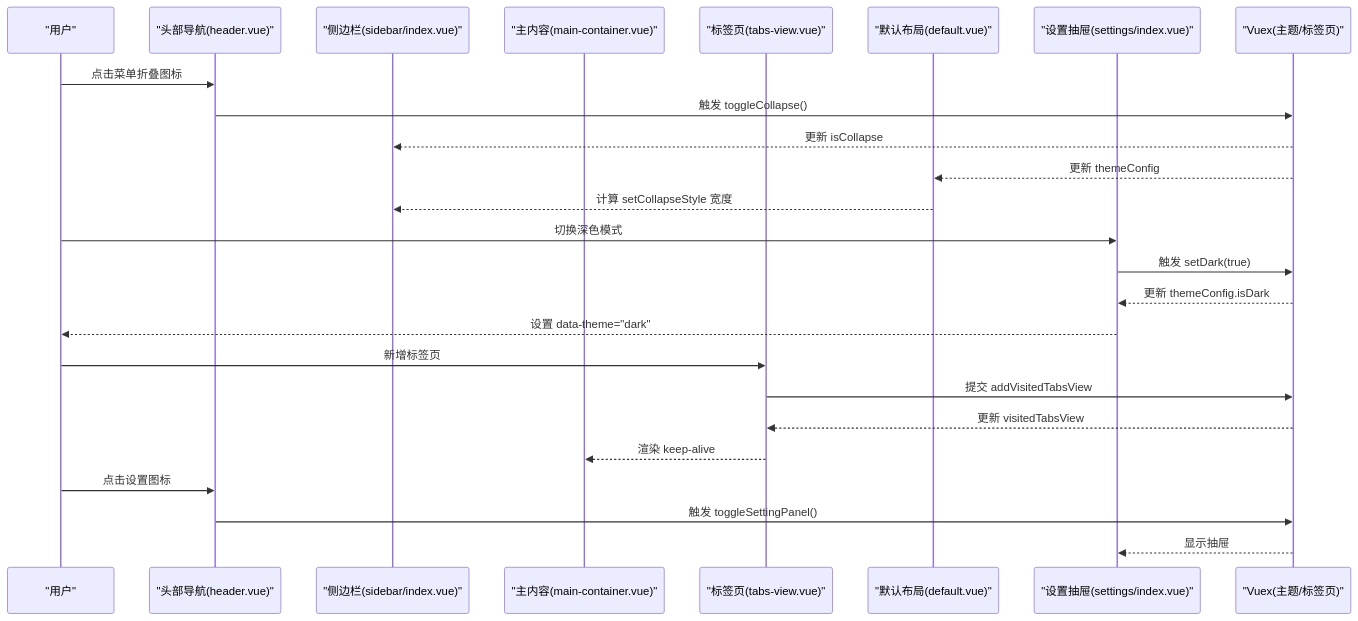
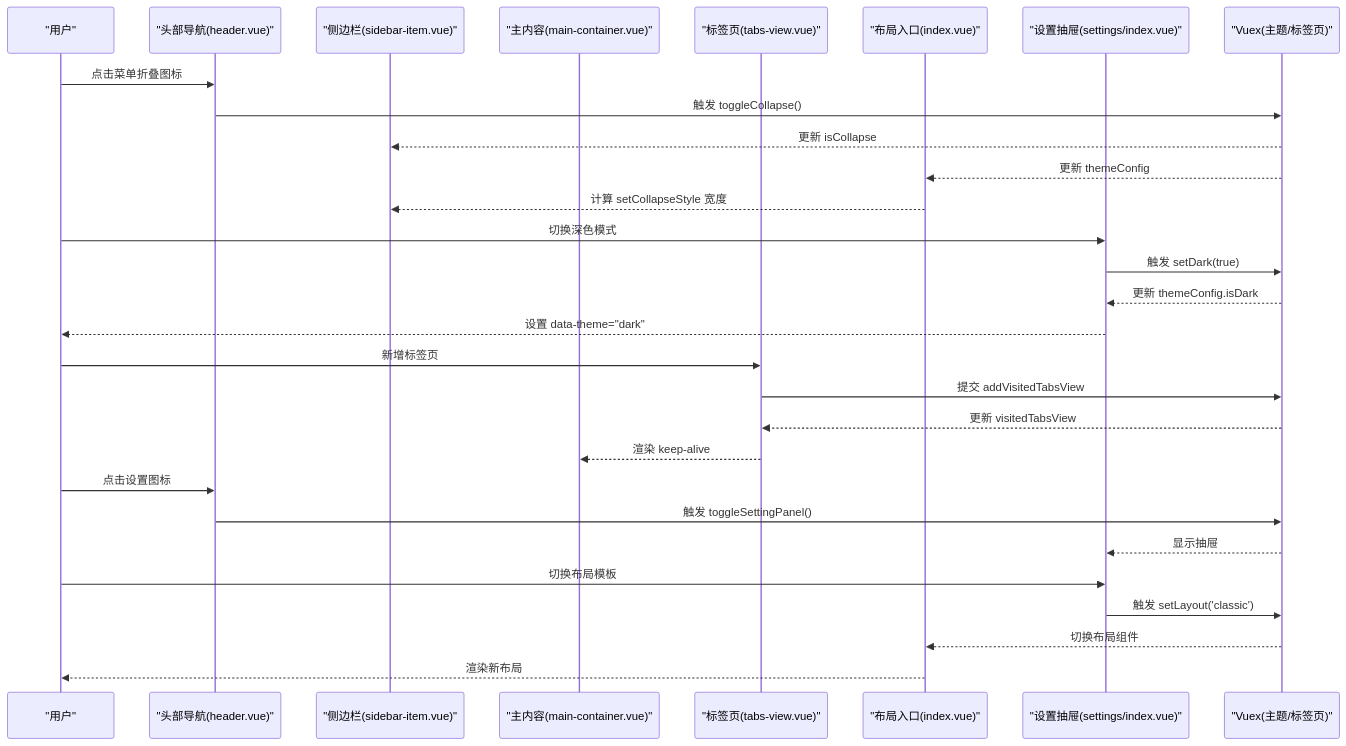
Before and after one commit to Neveryu/vue-cms: the second of 9 diagrams in .qoder/repowiki/zh/content/组件系统/布局组件.md, drawn with Mermaid. The commit also changed other lines of this file and 8 other files, not shown here.

````diff
--- a/.qoder/repowiki/zh/content/组件系统/布局组件.md
+++ b/.qoder/repowiki/zh/content/组件系统/布局组件.md
@@ -111,27 +153,31 @@
 ```mermaid
 sequenceDiagram
 participant U as "用户"
 participant H as "头部导航(header.vue)"
-participant S as "侧边栏(sidebar/index.vue)"
+participant S as "侧边栏(sidebar-item.vue)"
 participant M as "主内容(main-container.vue)"
 participant T as "标签页(tabs-view.vue)"
-participant L as "默认布局(default.vue)"
+participant L as "布局入口(index.vue)"
 participant E as "设置抽屉(settings/index.vue)"
 participant V as "Vuex(主题/标签页)"
 U->>H : 点击菜单折叠图标
 H->>V : 触发 toggleCollapse()
 V-->>S : 更新 isCollapse
 V-->>L : 更新 themeConfig
 L-->>S : 计算 setCollapseStyle 宽度
 U->>E : 切换深色模式
 E->>V : 触发 setDark(true)
 V-->>E : 更新 themeConfig.isDark
 E-->>U : 设置 data-theme="dark"
 U->>T : 新增标签页
 T->>V : 提交 addVisitedTabsView
 V-->>T : 更新 visitedTabsView
 T-->>M : 渲染 keep-alive
 U->>H : 点击设置图标
 H->>V : 触发 toggleSettingPanel()
 V-->>E : 显示抽屉
+U->>E : 切换布局模板
+E->>V : 触发 setLayout('classic')
+V-->>L : 切换布局组件
+L-->>U : 渲染新布局
 ```
````
